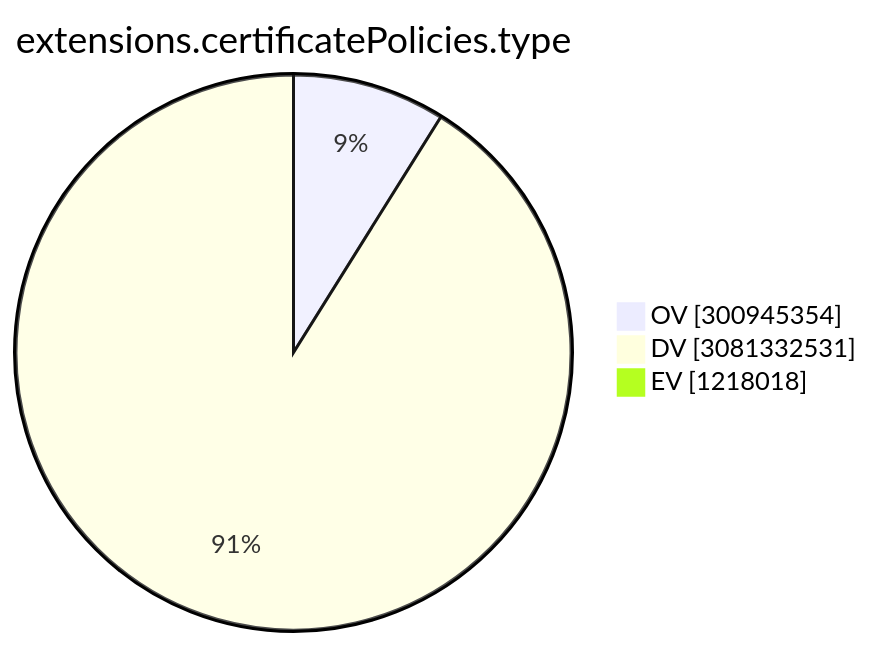
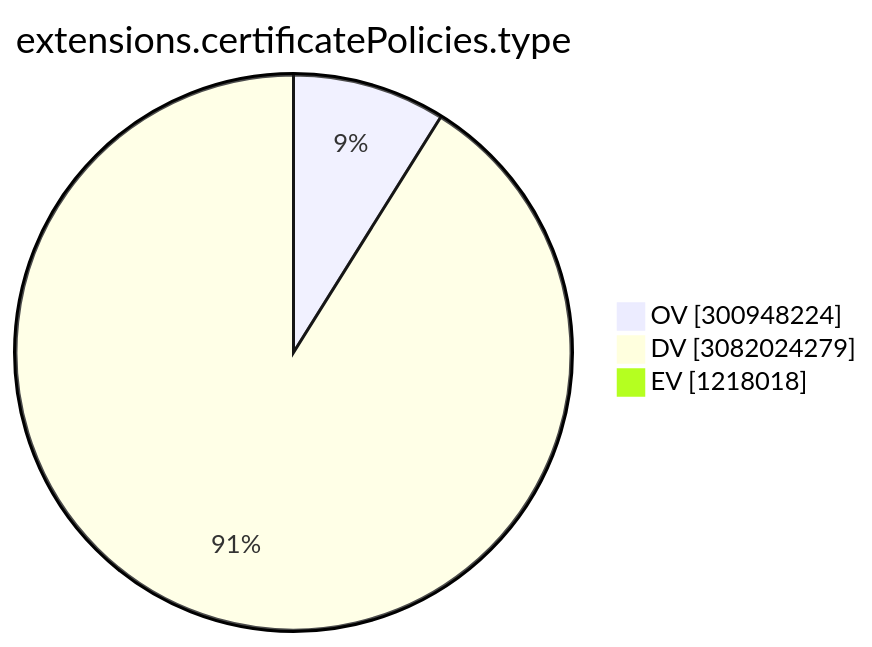
Before and after one commit to christiankrug/ctmonitor_visualization: the ninth of 15 diagrams in TOTAL/README.md, drawn with Mermaid. The commit also changed other lines of this file, not shown here.

````diff
--- a/TOTAL/README.md
+++ b/TOTAL/README.md
@@ -3103,7 +3103,7 @@
 ```mermaid
 pie showData
 title extensions.certificatePolicies.type
-"OV" :300945354
-"DV" :3081332531
+"OV" :300948224
+"DV" :3082024279
 "EV" :1218018
 ```
````
